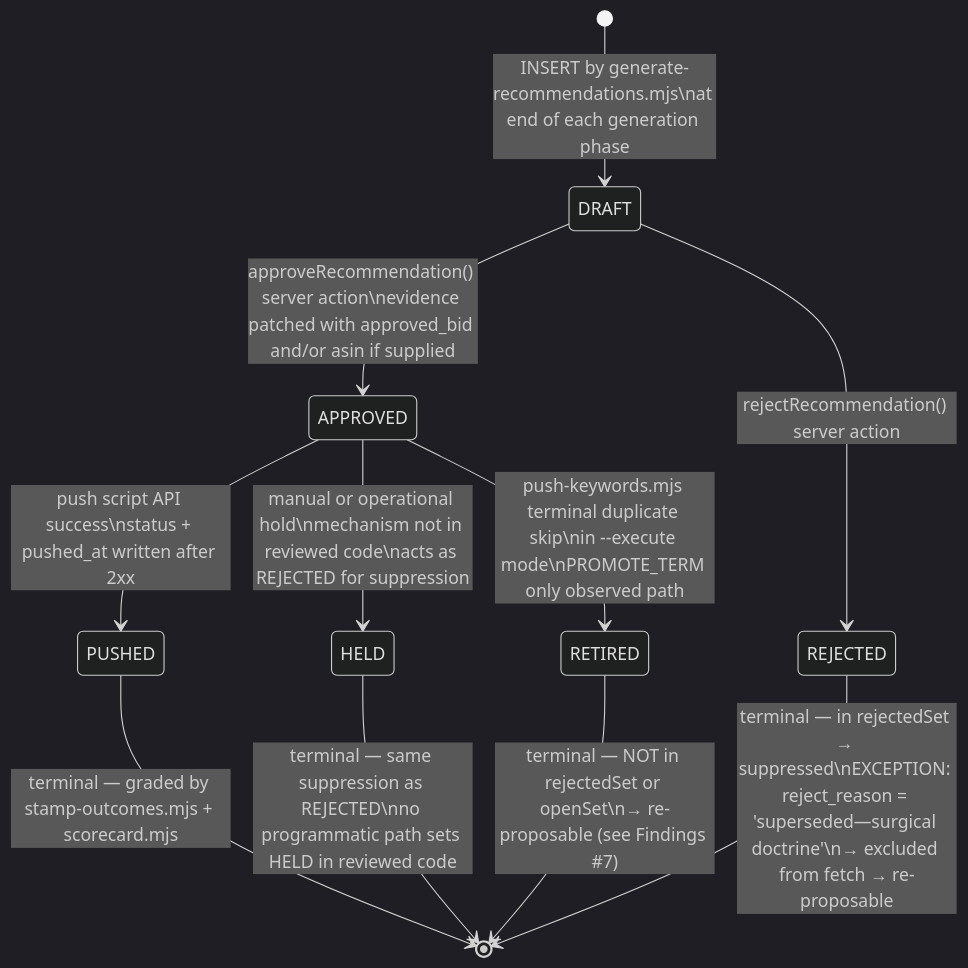
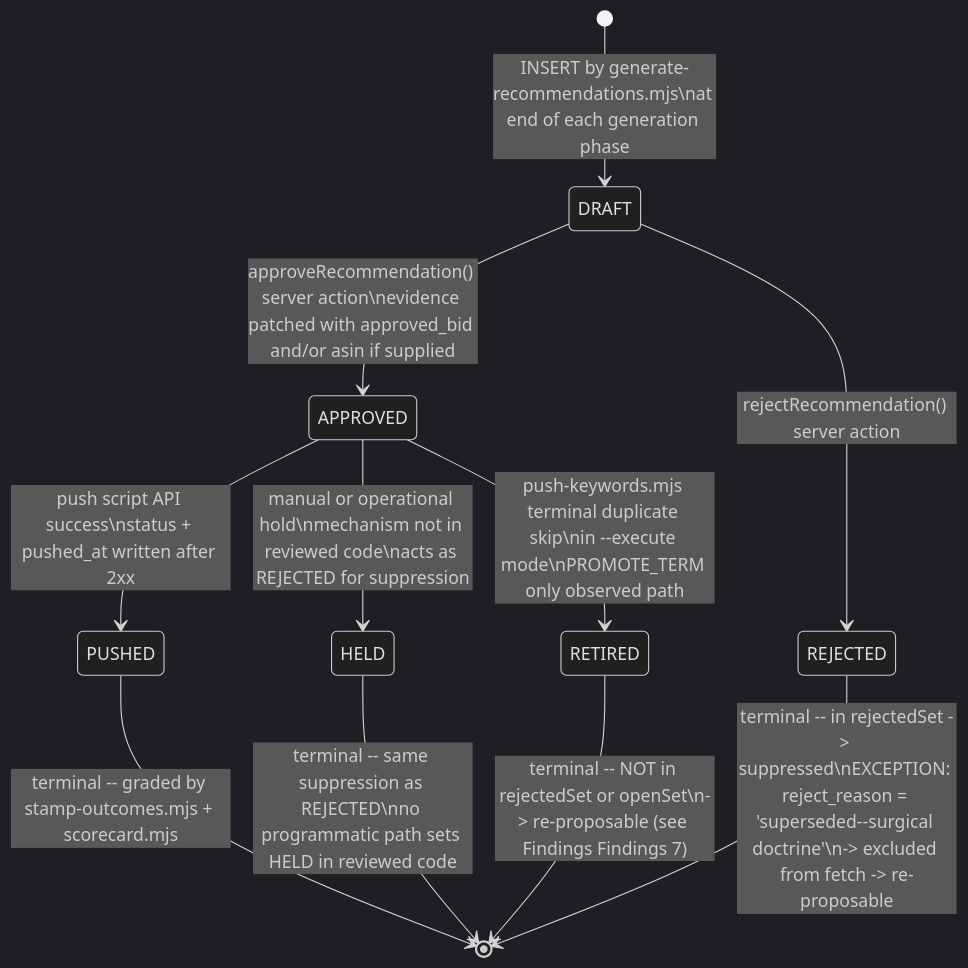
Before and after one commit to ChristianHultner/cdl-ads: the ninth of 9 diagrams in docs/doctrine.md, drawn with Mermaid (dark theme). The commit also changed other lines of this file and 1 other file, not shown here.

Commit message:
engine page: mermaid label repair + doctrine date

````diff
--- a/docs/doctrine.md
+++ b/docs/doctrine.md
@@ -335,17 +337,17 @@
 ```mermaid
 stateDiagram-v2
     [*] --> DRAFT : INSERT by generate-recommendations.mjs\nat end of each generation phase
 
     DRAFT --> APPROVED : approveRecommendation() server action\nevidence patched with approved_bid and/or asin if supplied
     DRAFT --> REJECTED : rejectRecommendation() server action
 
     APPROVED --> PUSHED : push script API success\nstatus + pushed_at written after 2xx
     APPROVED --> HELD : manual or operational hold\nmechanism not in reviewed code\nacts as REJECTED for suppression
     APPROVED --> RETIRED : push-keywords.mjs terminal duplicate skip\nin --execute mode\nPROMOTE_TERM only observed path
 
-    PUSHED --> [*] : terminal — graded by stamp-outcomes.mjs + scorecard.mjs
+    PUSHED --> [*] : terminal -- graded by stamp-outcomes.mjs + scorecard.mjs
 
-    REJECTED --> [*] : terminal — in rejectedSet → suppressed\nEXCEPTION: reject_reason = 'superseded—surgical doctrine'\n→ excluded from fetch → re-proposable
-    HELD --> [*] : terminal — same suppression as REJECTED\nno programmatic path sets HELD in reviewed code
-    RETIRED --> [*] : terminal — NOT in rejectedSet or openSet\n→ re-proposable (see Findings #7)
+    REJECTED --> [*] : terminal -- in rejectedSet -> suppressed\nEXCEPTION: reject_reason = 'superseded--surgical doctrine'\n-> excluded from fetch -> re-proposable
+    HELD --> [*] : terminal -- same suppression as REJECTED\nno programmatic path sets HELD in reviewed code
+    RETIRED --> [*] : terminal -- NOT in rejectedSet or openSet\n-> re-proposable (see Findings Findings 7)
 ```
````
